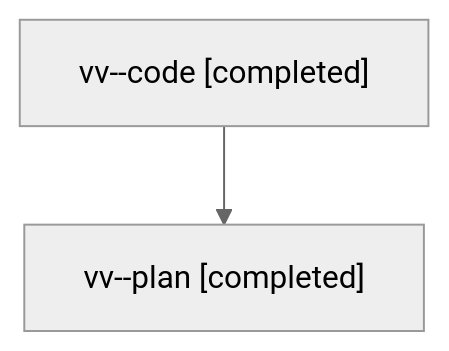
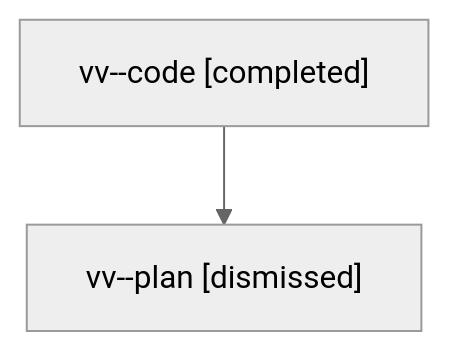
The diagram in families/bbugyi200.athena.vv.md (bobs-org/bob-cli--agents), drawn with Mermaid (neutral theme) before and after one commit. The commit also changed other lines of this file and 70 other files, not shown here.

````diff
--- a/families/bbugyi200.athena.vv.md
+++ b/families/bbugyi200.athena.vv.md
@@ -9,6 +9,6 @@
 ```mermaid
 flowchart TD
   n0["vv--code [completed]"]
-  n1["vv--plan [completed]"]
+  n1["vv--plan [dismissed]"]
   n0 --> n1
 ```
````
